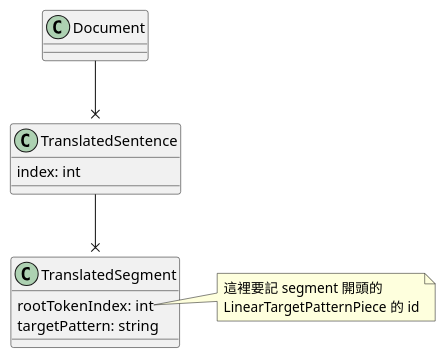
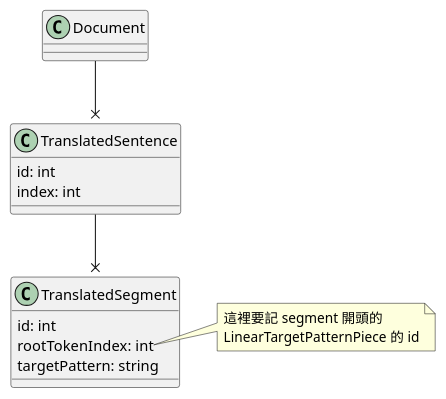
Before and after one commit to platinumwill/vue-dependency-graph: the diagram in sd/document.puml, drawn with PlantUML. The commit also changed 2 other files, not shown here.

```diff
--- a/sd/document.puml
+++ b/sd/document.puml
@@ -1,20 +1,22 @@
 @startuml document
 
 class Document
 class TranslatedSentence {
+    id: int
     index: int
 }
 
 class TranslatedSegment {
+    id: int
     rootTokenIndex: int
     targetPattern: string 
 }
 note right of TranslatedSegment::rootTokenIndex
     這裡要記 segment 開頭的
     LinearTargetPatternPiece 的 id
 endnote
 
 TranslatedSentence --x TranslatedSegment
 Document --x TranslatedSentence
 
 @enduml
```
